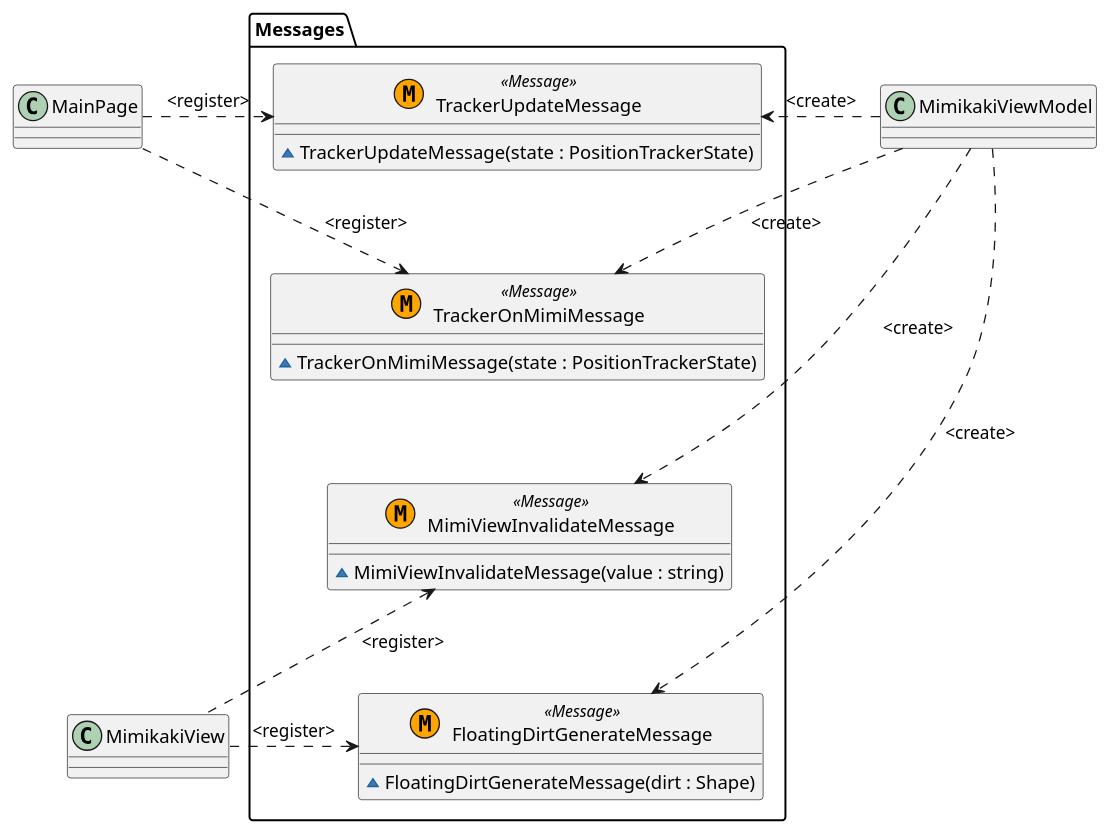
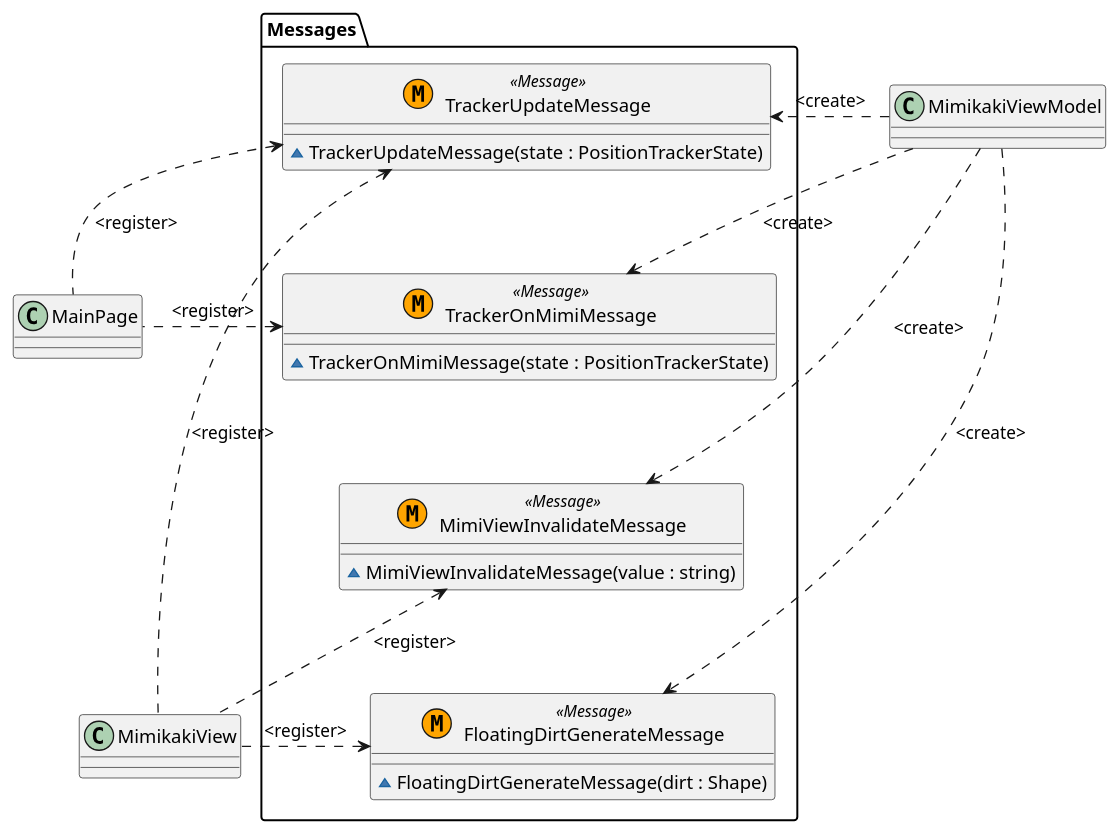
One commit to tatsuya19871219/MauiMimikakiApp changed the third of 3 diagrams in uml/MimikakiApp.puml. Above: the diagram before and after it, drawn with PlantUML. The commit also changed other lines of this file and 10 other files, not shown here.

```diff
--- a/uml/MimikakiApp.puml
+++ b/uml/MimikakiApp.puml
@@ -202,43 +238,44 @@
 @startuml MimikakiMessages
 
 namespace Messages{
 
     class TrackerUpdateMessage <<(M, Orange) Message>>
     {
         ~ TrackerUpdateMessage(state : PositionTrackerState)
     }
 
     class TrackerOnMimiMessage <<(M, Orange) Message>>
     {
         ~ TrackerOnMimiMessage(state : PositionTrackerState)
     }
 
     class MimiViewInvalidateMessage <<(M, Orange) Message>>
     {
         ~ MimiViewInvalidateMessage(value : string)
     }
 
     class FloatingDirtGenerateMessage <<(M, Orange) Message>>
     {
         ~ FloatingDirtGenerateMessage(dirt : Shape)
     }
 
     ' Force to align vertically
     TrackerUpdateMessage -[hidden]- TrackerOnMimiMessage
     TrackerOnMimiMessage -[hidden]- MimiViewInvalidateMessage
     MimiViewInvalidateMessage -[hidden]- FloatingDirtGenerateMessage
 
 }
 
-MainPage .> Messages.TrackerUpdateMessage : <register>
-MainPage .> Messages.TrackerOnMimiMessage : <register>
+MainPage .left.> Messages.TrackerUpdateMessage : <register>
+MainPage .left.> Messages.TrackerOnMimiMessage : <register>
 
+MimikakiView .left.> Messages.TrackerUpdateMessage : <register>
 MimikakiView .left.> Messages.MimiViewInvalidateMessage : <register>
 MimikakiView .left.> Messages.FloatingDirtGenerateMessage : <register>
 
 MimikakiViewModel .> Messages.TrackerUpdateMessage : <create>
 MimikakiViewModel .> Messages.TrackerOnMimiMessage : <create>
 MimikakiViewModel .> Messages.MimiViewInvalidateMessage : <create>
 MimikakiViewModel .> Messages.FloatingDirtGenerateMessage : <create>
 
 @enduml
```
